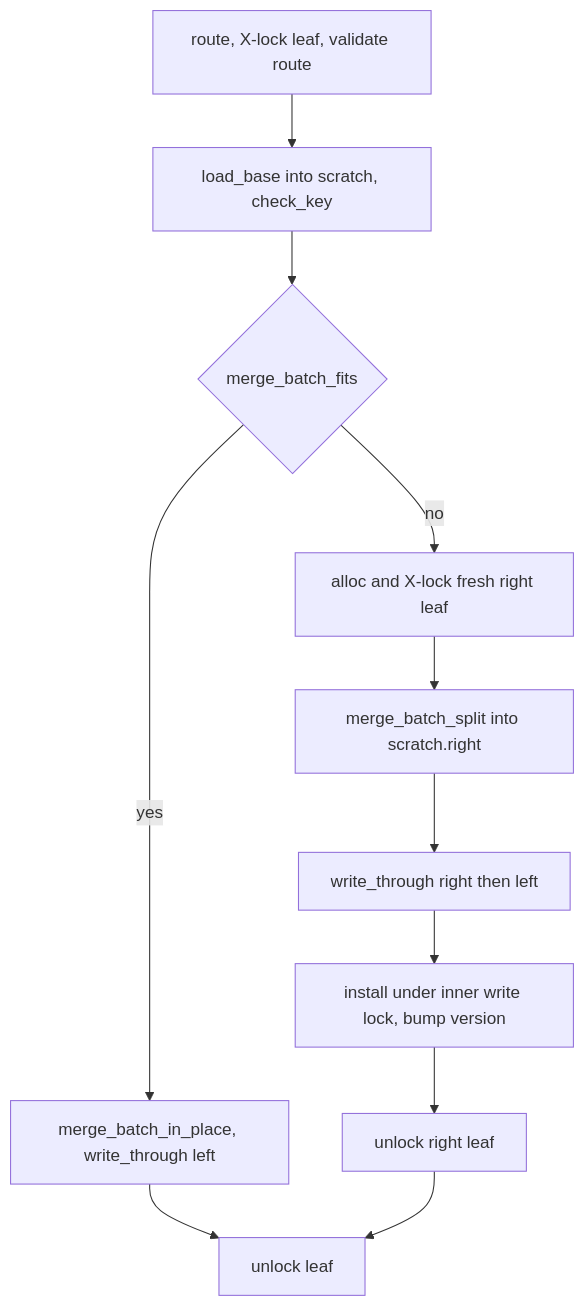
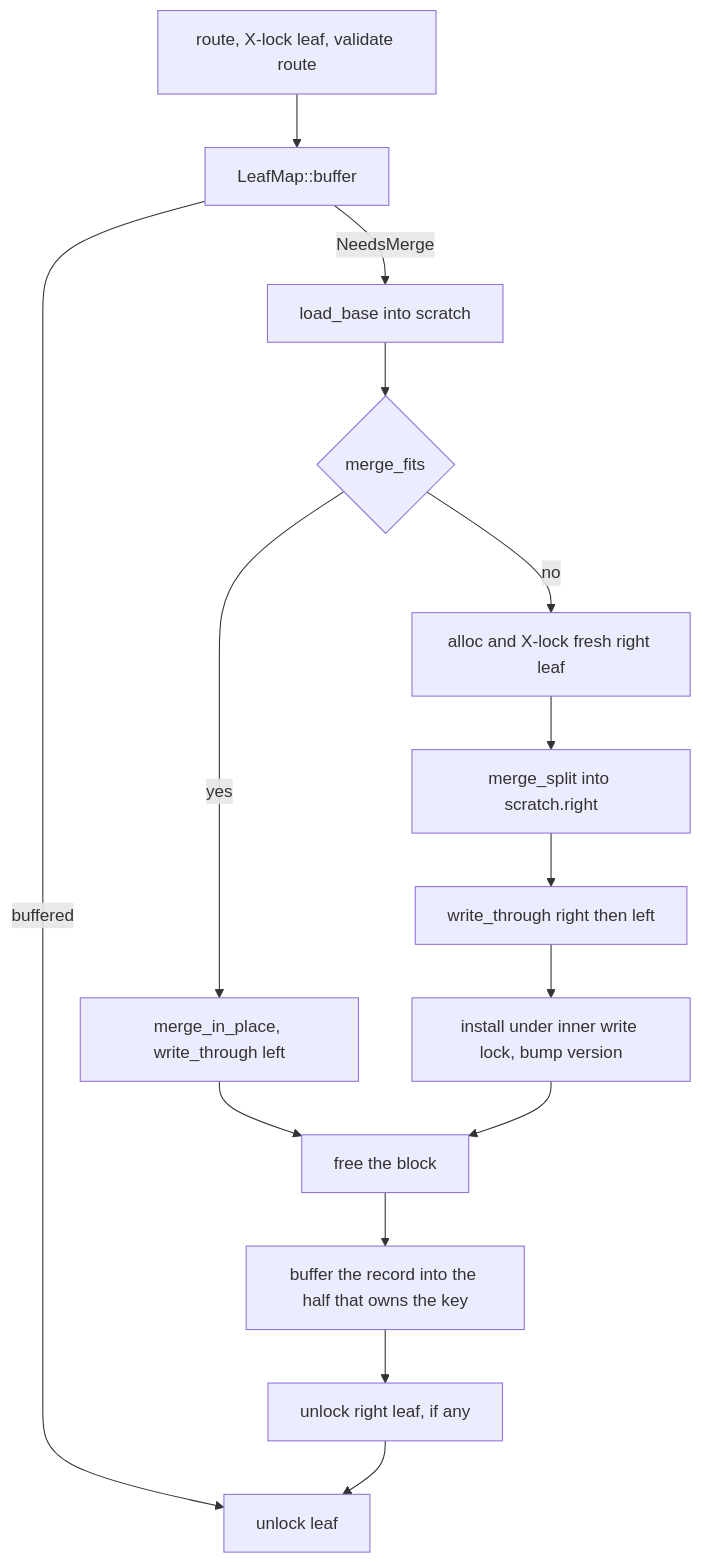
One commit to raydatray/peppydb changed the second of 2 diagrams in docs/design/bf-tree-structure.md. Above: the diagram before and after it, drawn with Mermaid. The commit also changed other lines of this file and 9 other files, not shown here.

````diff
--- a/docs/design/bf-tree-structure.md
+++ b/docs/design/bf-tree-structure.md
@@ -94,11 +106,16 @@
 ```mermaid
 flowchart TD
-    A[route, X-lock leaf, validate route] --> B[load_base into scratch, check_key]
-    B --> C{merge_batch_fits}
-    C -->|yes| D[merge_batch_in_place, write_through left] --> Z[unlock leaf]
-    C -->|no| E[alloc and X-lock fresh right leaf]
-    E --> F[merge_batch_split into scratch.right]
-    F --> G[write_through right then left]
-    G --> H[install under inner write lock, bump version]
-    H --> I[unlock right leaf] --> Z
+    A[route, X-lock leaf, validate route] --> B["LeafMap::buffer"]
+    B -->|buffered| Z[unlock leaf]
+    B -->|NeedsMerge| C[load_base into scratch]
+    C --> D{merge_fits}
+    D -->|yes| E[merge_in_place, write_through left]
+    D -->|no| F[alloc and X-lock fresh right leaf]
+    F --> G[merge_split into scratch.right]
+    G --> H[write_through right then left]
+    H --> I[install under inner write lock, bump version]
+    E --> J[free the block]
+    I --> J
+    J --> K[buffer the record into the half that owns the key]
+    K --> L[unlock right leaf, if any] --> Z
 ```
````
